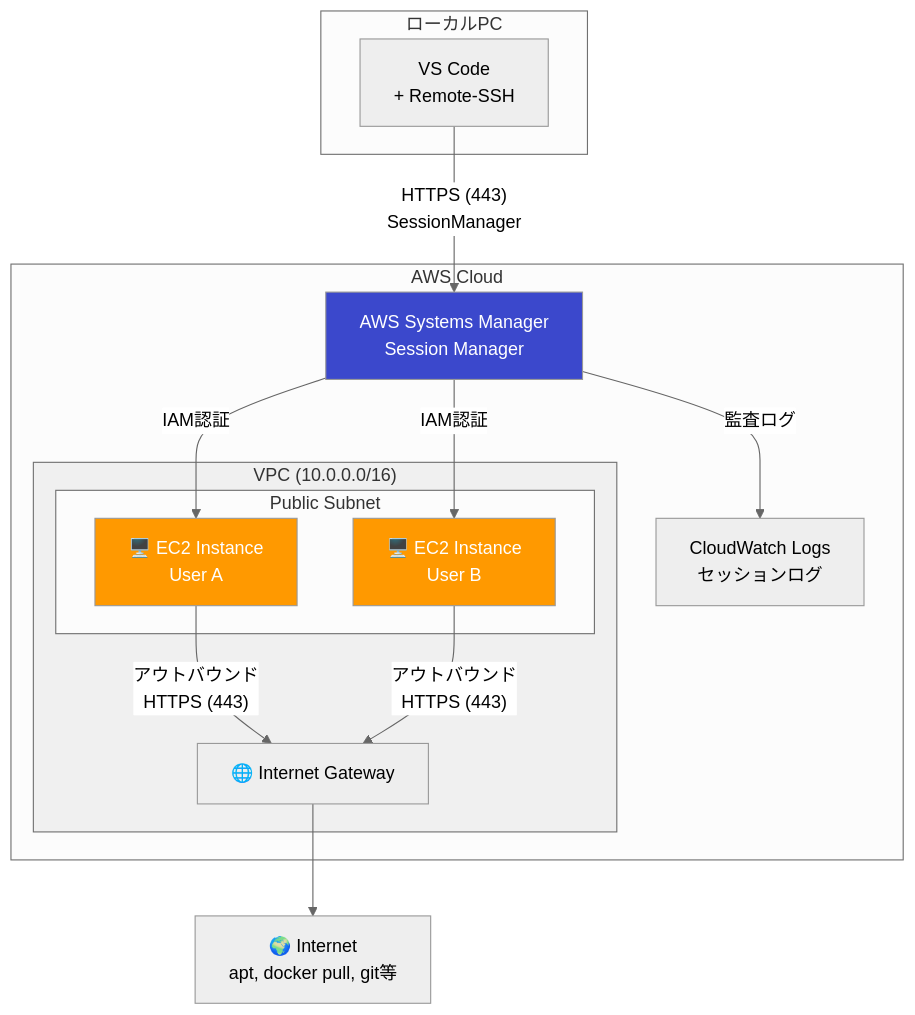
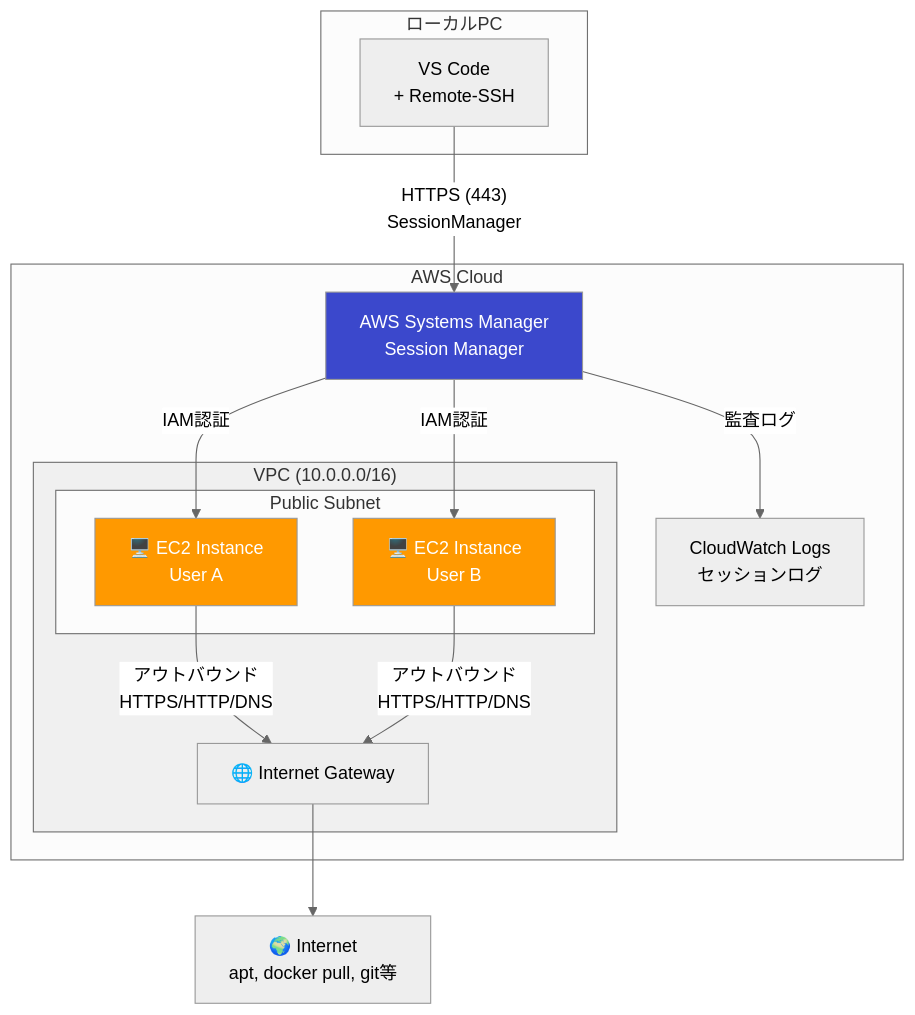
The first of 3 diagrams in README.md (sukekyo26/ec2-workstation), drawn with Mermaid (neutral theme) before and after one commit. The commit also changed other lines of this file and 3 other files, not shown here.

Commit message:
Configure VPC Flow Logs with 1-month retention for security audit compliance

````diff
--- a/README.md
+++ b/README.md
@@ -27,30 +27,30 @@
 ```mermaid
 flowchart TB
     subgraph AWS["AWS Cloud"]
         subgraph VPC["VPC (10.0.0.0/16)"]
             subgraph Subnet["Public Subnet"]
                 EC2A["🖥️ EC2 Instance<br/>User A"]
                 EC2B["🖥️ EC2 Instance<br/>User B"]
             end
             IGW["🌐 Internet Gateway"]
         end
         SSM["AWS Systems Manager<br/>Session Manager"]
         CW["CloudWatch Logs<br/>セッションログ"]
     end
 
     subgraph Local["ローカルPC"]
         VSCode["VS Code<br/>+ Remote-SSH"]
     end
 
     VSCode -->|"HTTPS (443)<br/>SessionManager"| SSM
     SSM -->|"IAM認証"| EC2A
     SSM -->|"IAM認証"| EC2B
     SSM -->|"監査ログ"| CW
-    EC2A & EC2B -->|"アウトバウンド<br/>HTTPS (443)"| IGW
+    EC2A & EC2B -->|"アウトバウンド<br/>HTTPS/HTTP/DNS"| IGW
     IGW --> Internet["🌍 Internet<br/>apt, docker pull, git等"]
 
     style EC2A fill:#ff9900,color:#fff
     style EC2B fill:#ff9900,color:#fff
     style SSM fill:#3b48cc,color:#fff
     style VPC fill:#f0f0f0
 ```
````
